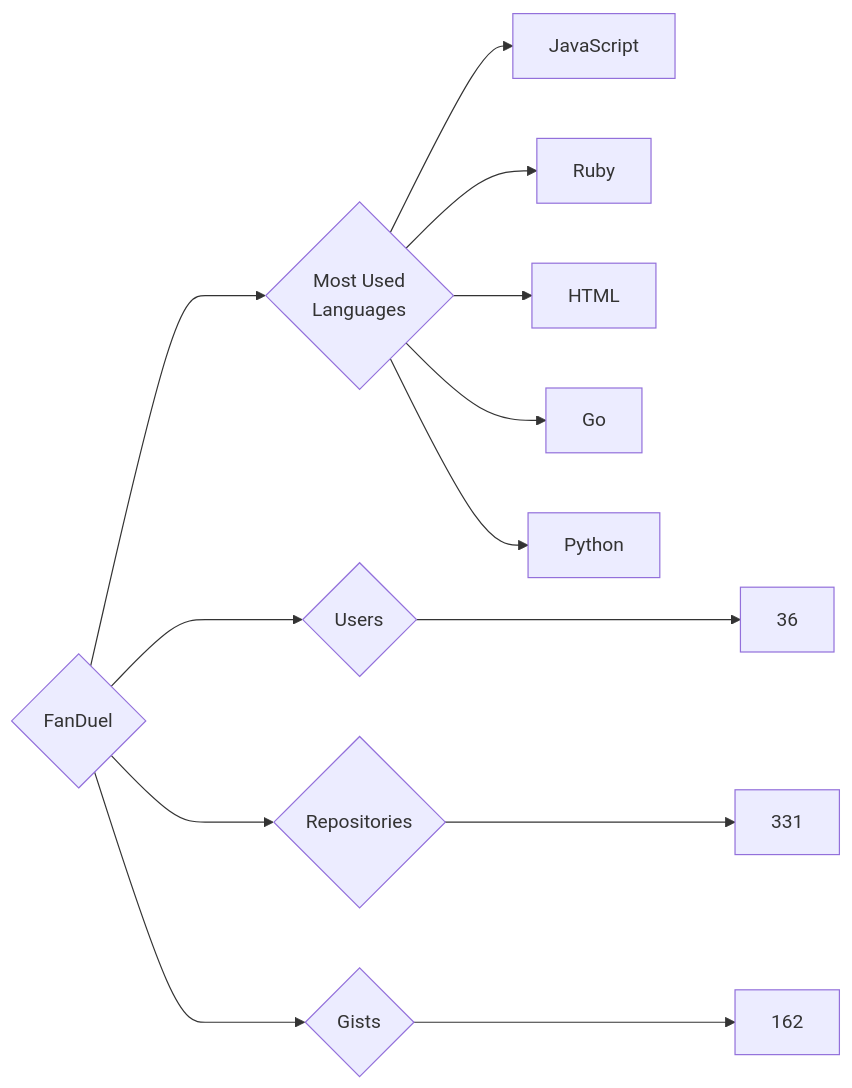
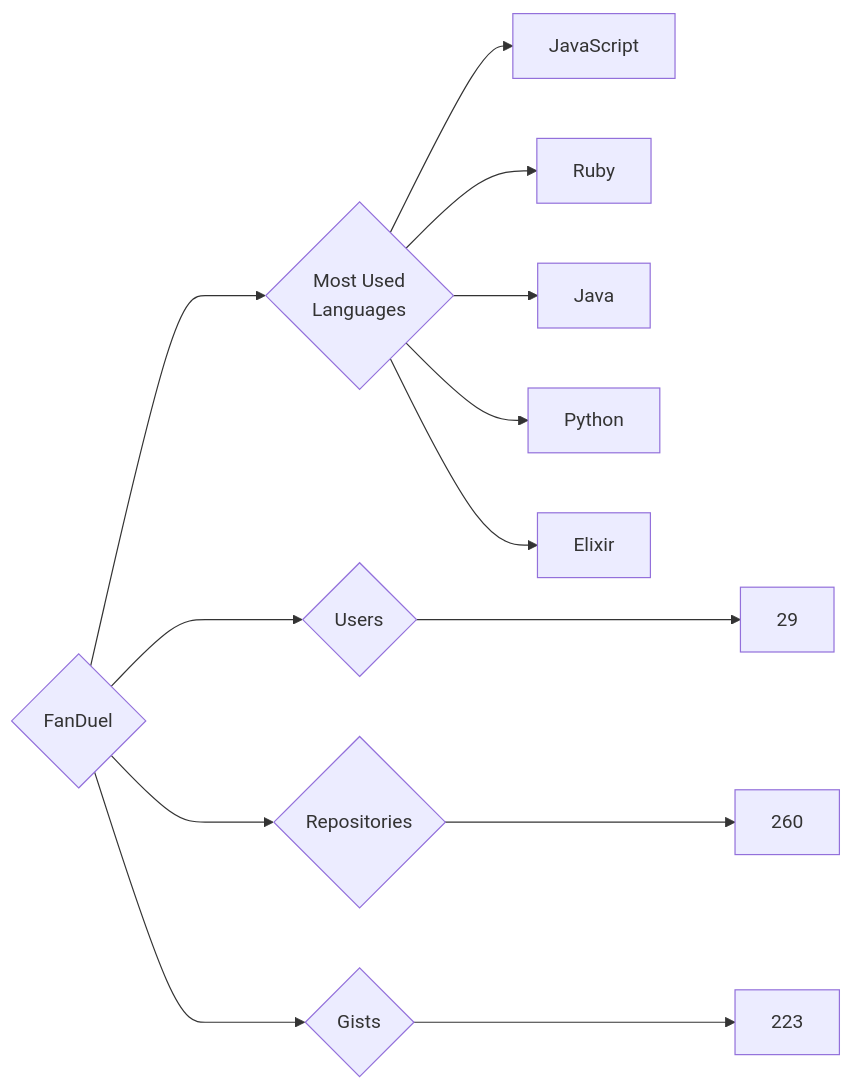
One commit to trickest/insiders changed the diagram in targets/FanDuel/README.md. Above: the diagram before and after it, drawn with Mermaid. The commit also changed 772 other files, not shown here.

````diff
--- a/targets/FanDuel/README.md
+++ b/targets/FanDuel/README.md
@@ -3,13 +3,13 @@
 ```mermaid
 graph LR
 COMPANY_NAME{FanDuel}
-COMPANY_NAME ---> U{Users} ---> UN[36]
-COMPANY_NAME ---> R{Repositories} ---> RN[331]
-COMPANY_NAME ---> G{Gists} ---> GN[162]
+COMPANY_NAME ---> U{Users} ---> UN[29]
+COMPANY_NAME ---> R{Repositories} ---> RN[260]
+COMPANY_NAME ---> G{Gists} ---> GN[223]
 COMPANY_NAME ---> ML{Most Used<br>Languages}
 ML --> JavaScript[JavaScript]
 ML --> Ruby[Ruby]
-ML --> HTML[HTML]
-ML --> Go[Go]
+ML --> Java[Java]
 ML --> Python[Python]
+ML --> Elixir[Elixir]
 ```
````
